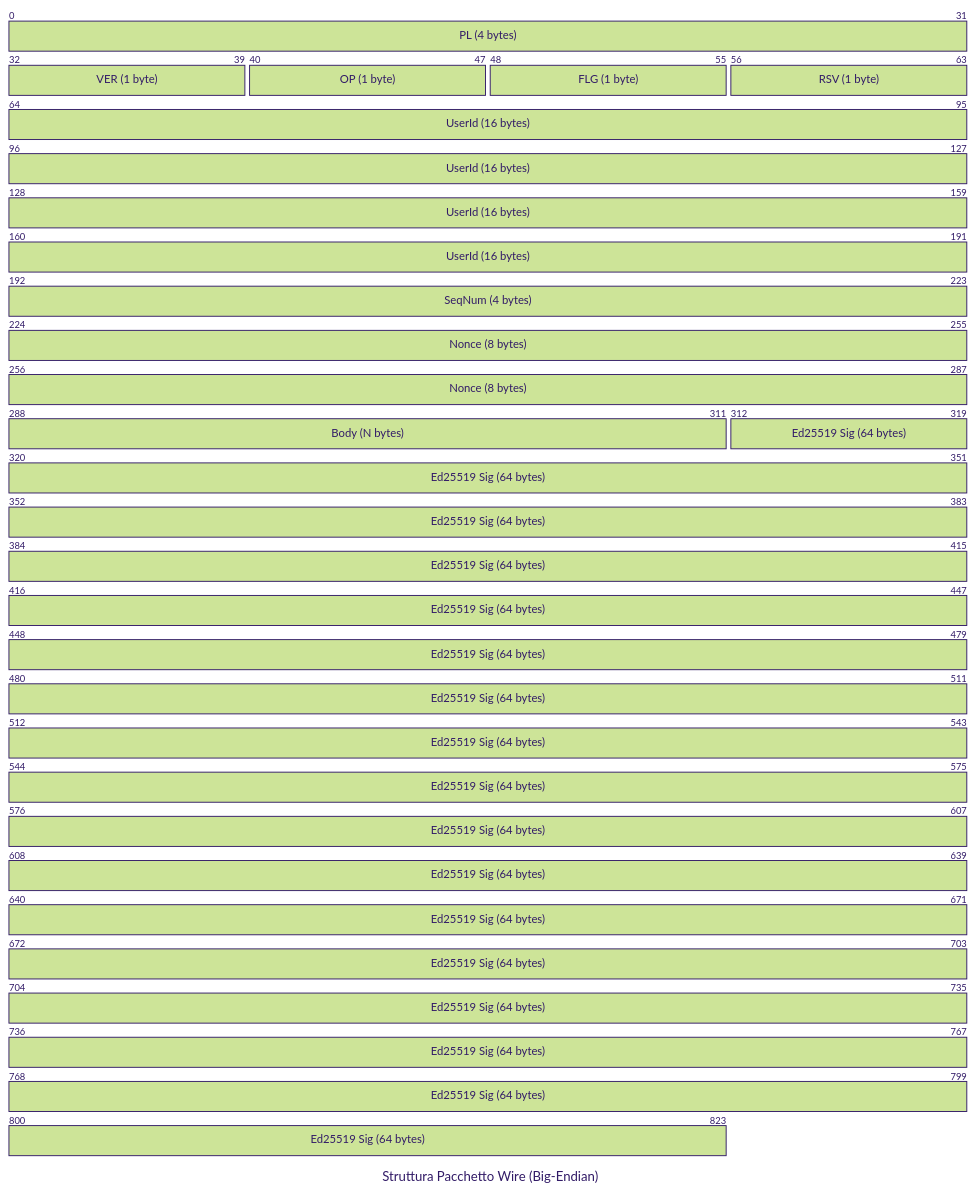
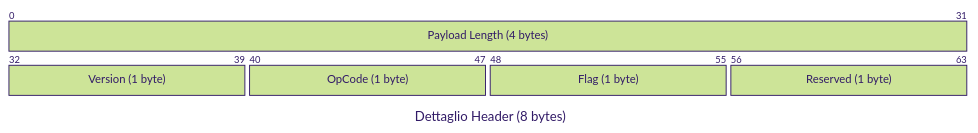
Before and after one commit to MIKTHATGUY/protocollo-banc: the third of 8 diagrams in ARCHITETTURA.md, drawn with Mermaid (forest theme). The commit also changed other lines of this file and 1 other file, not shown here.

````diff
--- a/ARCHITETTURA.md
+++ b/ARCHITETTURA.md
@@ -33,14 +48,9 @@
 ```mermaid
 packet-beta
-title Struttura Pacchetto Wire (Big-Endian)
-0-31: "PL (4 bytes)"
-32-39: "VER (1 byte)"
-40-47: "OP (1 byte)"
-48-55: "FLG (1 byte)"
-56-63: "RSV (1 byte)"
-64-191: "UserId (16 bytes)"
-192-223: "SeqNum (4 bytes)"
-224-287: "Nonce (8 bytes)"
-288-311: "Body (N bytes)"
-312-823: "Ed25519 Sig (64 bytes)"
+title Dettaglio Header (8 bytes)
+0-31: "Payload Length (4 bytes)"
+32-39: "Version (1 byte)"
+40-47: "OpCode (1 byte)"
+48-55: "Flag (1 byte)"
+56-63: "Reserved (1 byte)"
 ```
````
